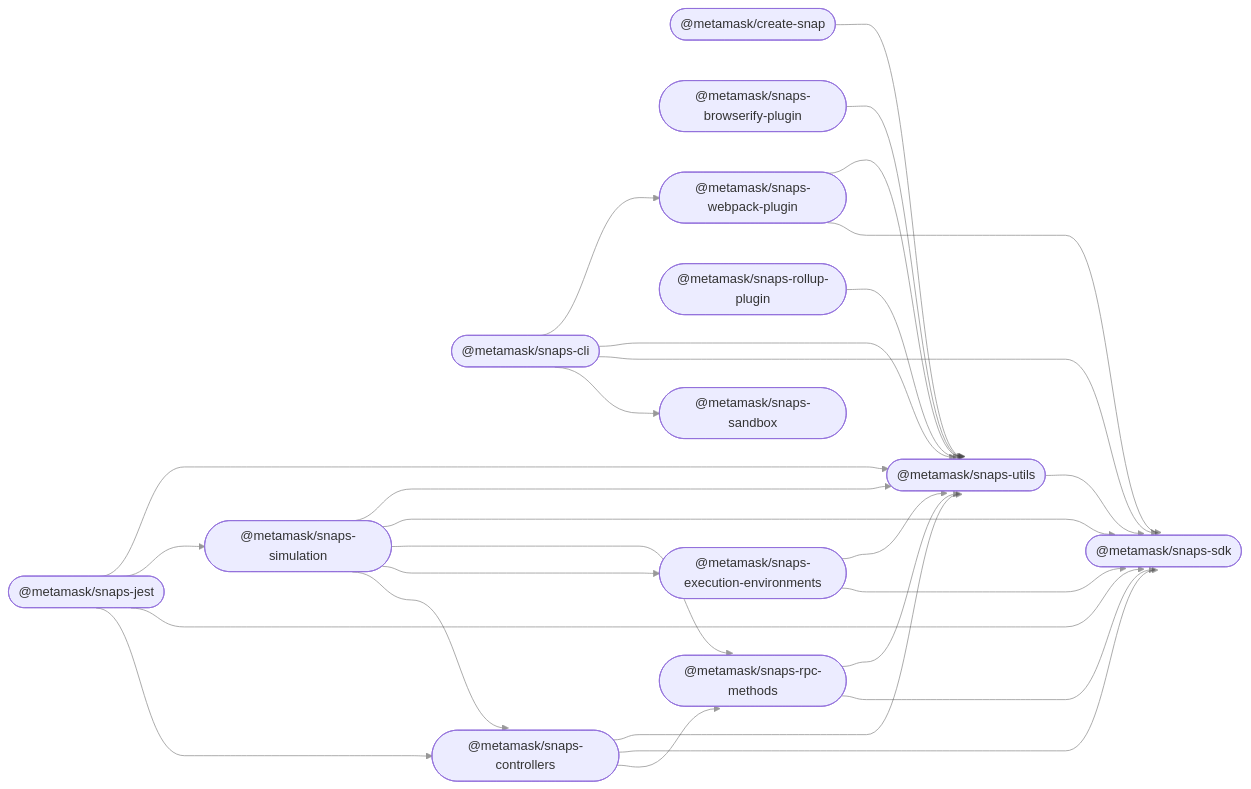
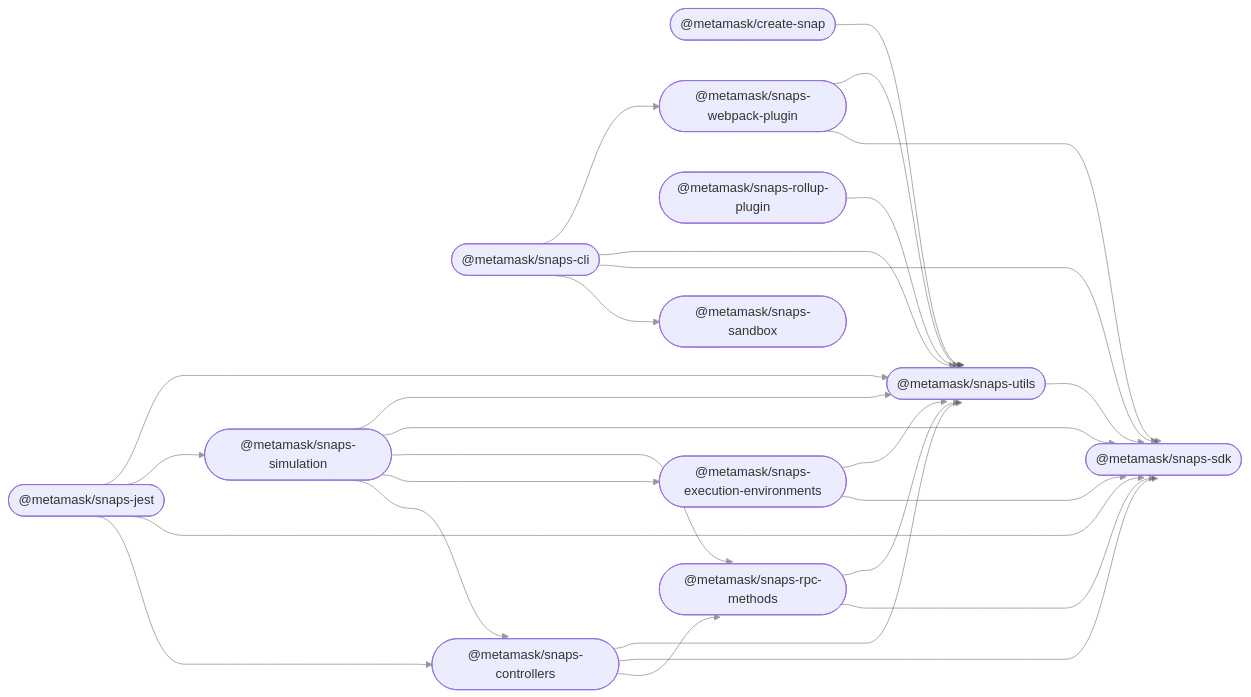
Before and after one commit to MetaMask/snaps: the diagram in README.md, drawn with Mermaid.

Commit message:
chore: Update README graph

````diff
--- a/README.md
+++ b/README.md
@@ -31,44 +31,42 @@
 ```mermaid
 %%{ init: { 'flowchart': { 'curve': 'bumpX' } } }%%
 graph LR;
 linkStyle default opacity:0.5
   create_snap(["@metamask/create-snap"]);
-  snaps_browserify_plugin(["@metamask/snaps-browserify-plugin"]);
   snaps_cli(["@metamask/snaps-cli"]);
   snaps_controllers(["@metamask/snaps-controllers"]);
   snaps_execution_environments(["@metamask/snaps-execution-environments"]);
   snaps_jest(["@metamask/snaps-jest"]);
   snaps_rollup_plugin(["@metamask/snaps-rollup-plugin"]);
   snaps_rpc_methods(["@metamask/snaps-rpc-methods"]);
   snaps_sandbox(["@metamask/snaps-sandbox"]);
   snaps_sdk(["@metamask/snaps-sdk"]);
   snaps_simulation(["@metamask/snaps-simulation"]);
   snaps_utils(["@metamask/snaps-utils"]);
   snaps_webpack_plugin(["@metamask/snaps-webpack-plugin"]);
   create_snap --> snaps_utils;
-  snaps_browserify_plugin --> snaps_utils;
   snaps_cli --> snaps_sandbox;
   snaps_cli --> snaps_sdk;
   snaps_cli --> snaps_utils;
   snaps_cli --> snaps_webpack_plugin;
   snaps_controllers --> snaps_rpc_methods;
   snaps_controllers --> snaps_sdk;
   snaps_controllers --> snaps_utils;
   snaps_execution_environments --> snaps_sdk;
   snaps_execution_environments --> snaps_utils;
   snaps_jest --> snaps_controllers;
   snaps_jest --> snaps_sdk;
   snaps_jest --> snaps_simulation;
   snaps_jest --> snaps_utils;
   snaps_rollup_plugin --> snaps_utils;
   snaps_rpc_methods --> snaps_sdk;
   snaps_rpc_methods --> snaps_utils;
   snaps_simulation --> snaps_controllers;
   snaps_simulation --> snaps_execution_environments;
   snaps_simulation --> snaps_rpc_methods;
   snaps_simulation --> snaps_sdk;
   snaps_simulation --> snaps_utils;
   snaps_utils --> snaps_sdk;
   snaps_webpack_plugin --> snaps_sdk;
   snaps_webpack_plugin --> snaps_utils;
 ```
````
